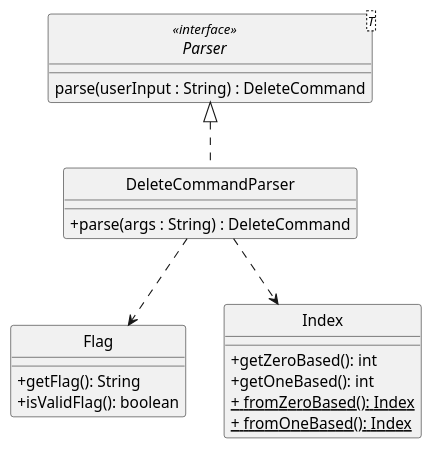
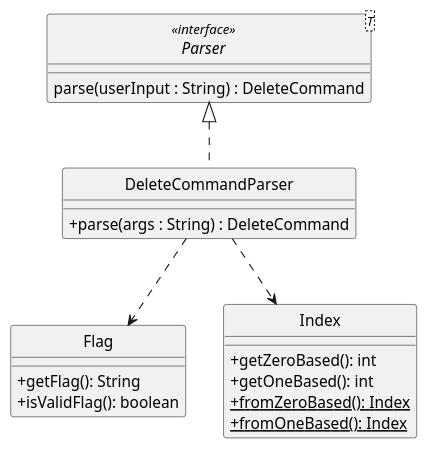
The diagram in docs/diagrams/DeleteCommandParserClassDiagram.puml (wireseo/tp), drawn with PlantUML before and after one commit. The commit also changed 5 other files, not shown here.

Commit message:
Updated Diagrams

```diff
--- a/docs/diagrams/DeleteCommandParserClassDiagram.puml
+++ b/docs/diagrams/DeleteCommandParserClassDiagram.puml
@@ -1,30 +1,30 @@
 @startuml
 skinparam backgroundColor #ffffff
 skinparam classAttributeIconSize 0
 hide circle
 
 class DeleteCommandParser implements Parser {
     /' Methods '/
     + parse(args : String) : DeleteCommand
 }
 
 interface Parser<T> <<interface>> {
     parse(userInput : String) : DeleteCommand
 }
 
 class Flag {
     + getFlag(): String
     + isValidFlag(): boolean
 }
 
 class Index {
     + getZeroBased(): int
     + getOneBased(): int
-    <u>+ fromZeroBased(): Index
-    <u>+ fromOneBased(): Index
+    <u>+fromZeroBased(): Index
+    <u>+fromOneBased(): Index
 }
 
 DeleteCommandParser ..> Flag
 DeleteCommandParser ..> Index
 
 @enduml
```
